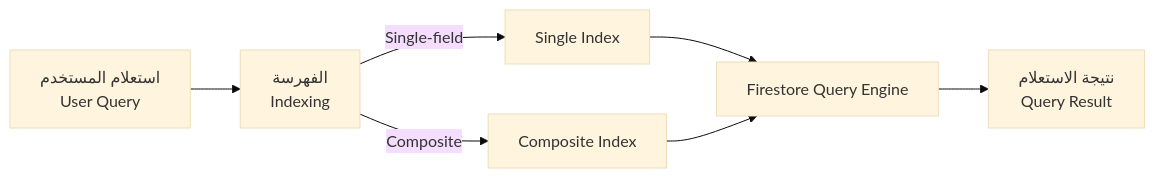
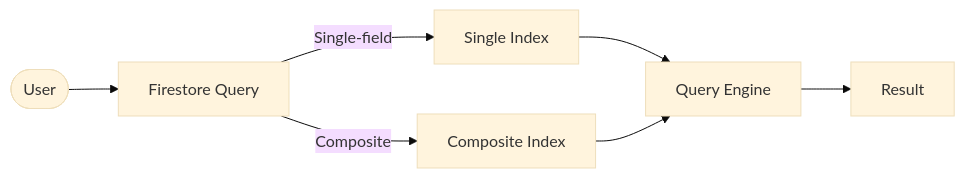
One commit to Ash69g/Documentation-Study changed the diagram in docs/09-indexes-and-queries/09-indexes-and-queries.md. Above: the diagram before and after it, drawn with Mermaid (base theme). The commit also changed other lines of this file and 14 other files, not shown here.

````diff
--- a/docs/09-indexes-and-queries/09-indexes-and-queries.md
+++ b/docs/09-indexes-and-queries/09-indexes-and-queries.md
@@ -26,8 +23,8 @@
 ```mermaid
 flowchart LR
-  Q[استعلام المستخدم<br>User Query] --> IDX[الفهرسة<br>Indexing]
-  IDX -->|Single-field| SF[Single Index]
-  IDX -->|Composite| CF[Composite Index]
-  SF & CF --> FS[Firestore Query Engine]
-  FS --> R[نتيجة الاستعلام<br>Query Result]
+  User([User]) --> Query[Firestore Query]
+  Query -->|Single-field| SIDX[Single Index]
+  Query -->|Composite| CIDX[Composite Index]
+  SIDX & CIDX --> Engine[Query Engine]
+  Engine --> Result[Result]
 ```
````
